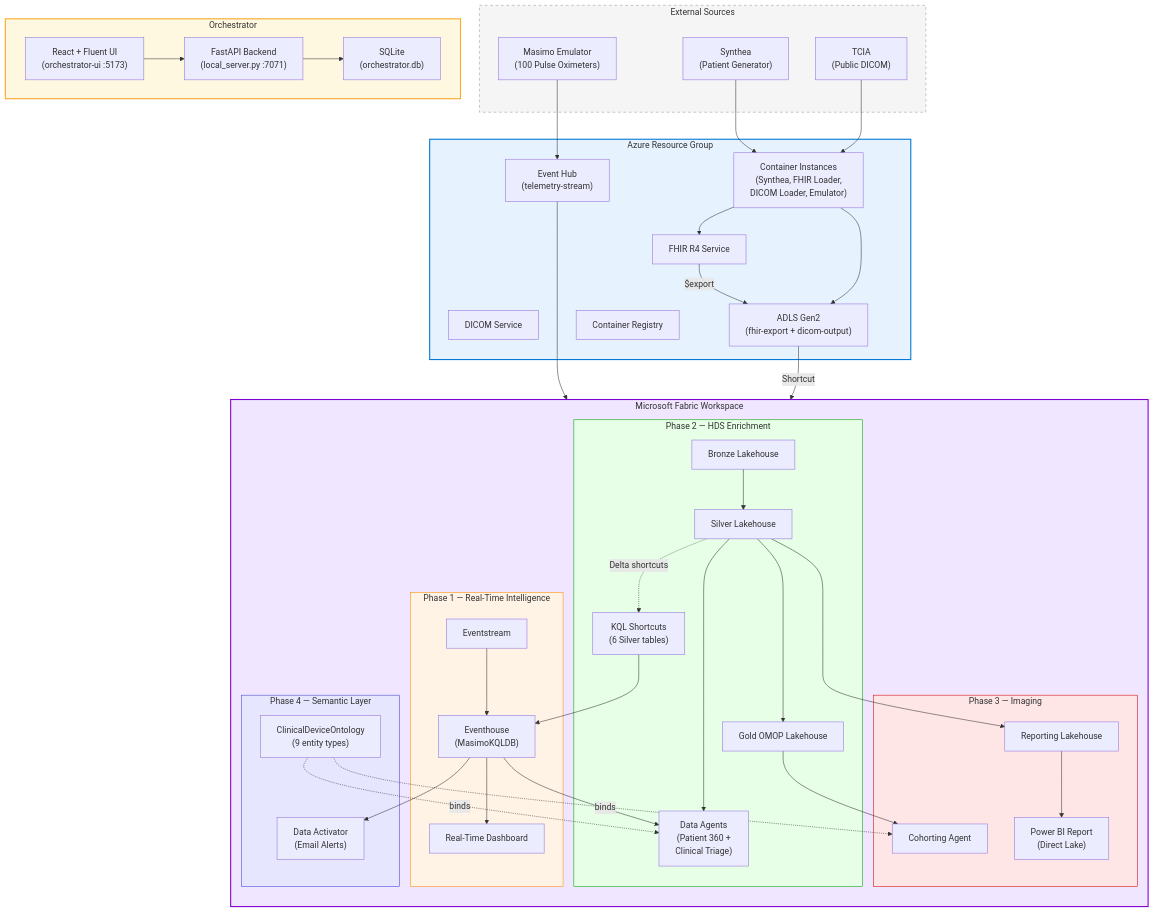
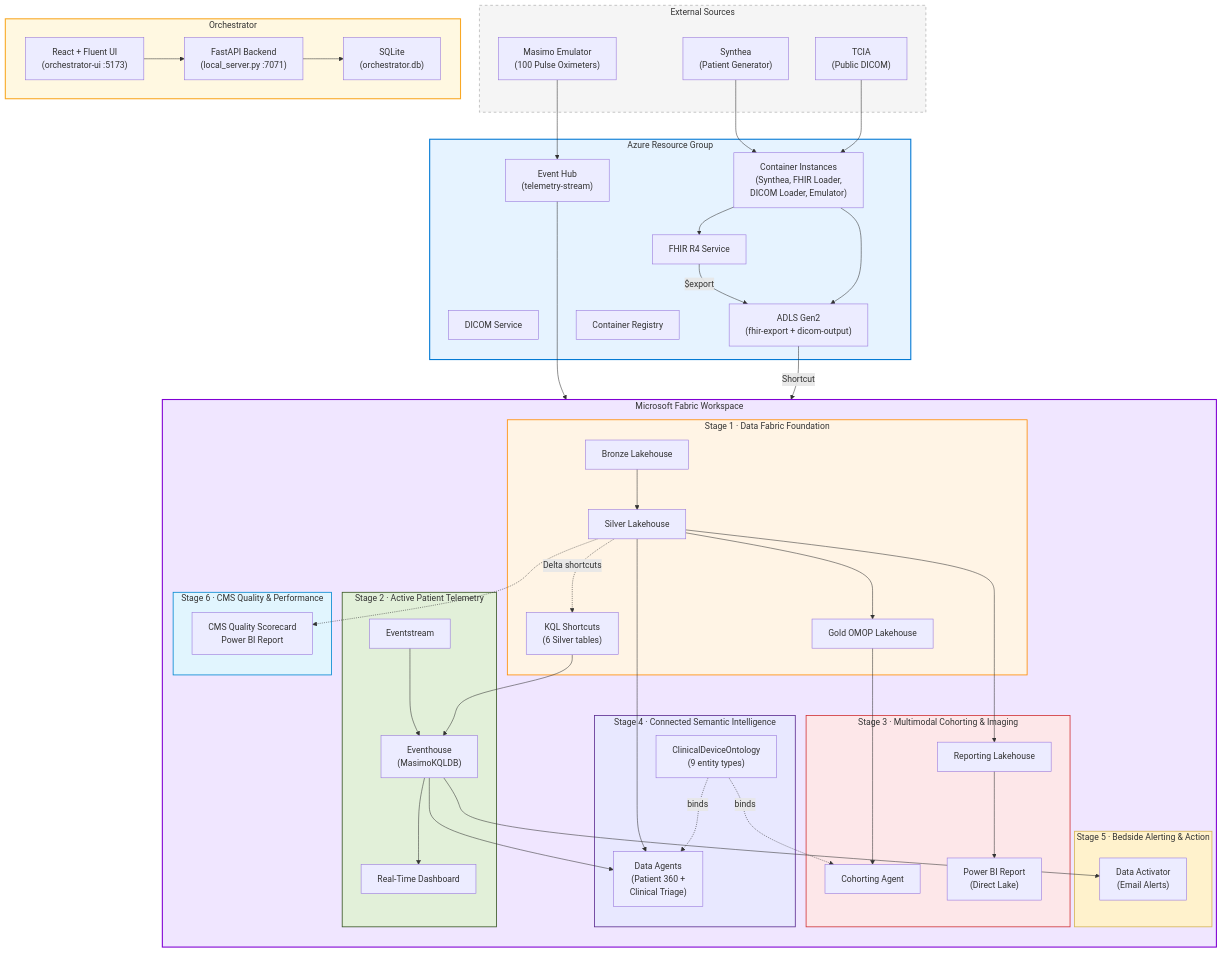
The second of 7 diagrams in Project_Architecture_Blueprint.md (kfprugger/med-device-fabric-emulator), drawn with Mermaid before and after one commit. The commit also changed other lines of this file and 37 other files, not shown here.

````diff
--- a/Project_Architecture_Blueprint.md
+++ b/Project_Architecture_Blueprint.md
@@ -76,29 +76,36 @@
     subgraph FAB["Microsoft Fabric Workspace"]
         direction TB
 
-        subgraph P1["Phase 1 — Real-Time Intelligence"]
+        subgraph P1["Stage 1 · Data Fabric Foundation"]
+            BZ["Bronze Lakehouse"]
+            SLV["Silver Lakehouse"]
+            GOLD["Gold OMOP Lakehouse"]
+            SC["KQL Shortcuts<br/>(6 Silver tables)"]
+        end
+
+        subgraph P2["Stage 2 · Active Patient Telemetry"]
             ES["Eventstream"]
             EVH["Eventhouse<br/>(MasimoKQLDB)"]
             DASH1["Real-Time Dashboard"]
         end
 
-        subgraph P2["Phase 2 — HDS Enrichment"]
-            BZ["Bronze Lakehouse"]
-            SLV["Silver Lakehouse"]
-            GOLD["Gold OMOP Lakehouse"]
-            SC["KQL Shortcuts<br/>(6 Silver tables)"]
-            DA["Data Agents<br/>(Patient 360 +<br/>Clinical Triage)"]
-        end
-
-        subgraph P3["Phase 3 — Imaging"]
+        subgraph P3["Stage 3 · Multimodal Cohorting & Imaging"]
             RPT["Reporting Lakehouse"]
             PBI["Power BI Report<br/>(Direct Lake)"]
             COHORT["Cohorting Agent"]
         end
 
-        subgraph P4["Phase 4 — Semantic Layer"]
+        subgraph P4["Stage 4 · Connected Semantic Intelligence"]
             ONT["ClinicalDeviceOntology<br/>(9 entity types)"]
+            DA["Data Agents<br/>(Patient 360 +<br/>Clinical Triage)"]
+        end
+
+        subgraph P5["Stage 5 · Bedside Alerting & Action"]
             ACT["Data Activator<br/>(Email Alerts)"]
+        end
+
+        subgraph P6["Stage 6 · CMS Quality & Performance"]
+            PBI_CMS["CMS Quality Scorecard<br/>Power BI Report"]
         end
     end
 
@@ -120,6 +127,7 @@
     ONT -.->|"binds"| DA
     ONT -.->|"binds"| COHORT
     EVH --> ACT
+    SLV -.-> PBI_CMS
 
     FE --> BE --> DB
 
@@ -127,8 +135,10 @@
     style AZ fill:#e6f3ff,stroke:#0078d4,stroke-width:2px
     style FAB fill:#f0e6ff,stroke:#8000d4,stroke-width:2px
     style ORCH fill:#fff8e1,stroke:#f9a825,stroke-width:2px
-    style P1 fill:#fff3e6,stroke:#ff8c00
-    style P2 fill:#e6ffe6,stroke:#00a000
-    style P3 fill:#ffe6e6,stroke:#d40000
-    style P4 fill:#e6e6ff,stroke:#4040d4
+    style P1 fill:#FFF4E5,stroke:#FF8C00,stroke-width:1.5px
+    style P2 fill:#E2F0D9,stroke:#385723,stroke-width:1.5px
+    style P3 fill:#FDE7E9,stroke:#D13438,stroke-width:1.5px
+    style P4 fill:#E8E8FF,stroke:#5C2D91,stroke-width:1.5px
+    style P5 fill:#FFF2CC,stroke:#D6B656,stroke-width:1.5px
+    style P6 fill:#E1F5FE,stroke:#0288D1,stroke-width:1.5px
 ```
````
